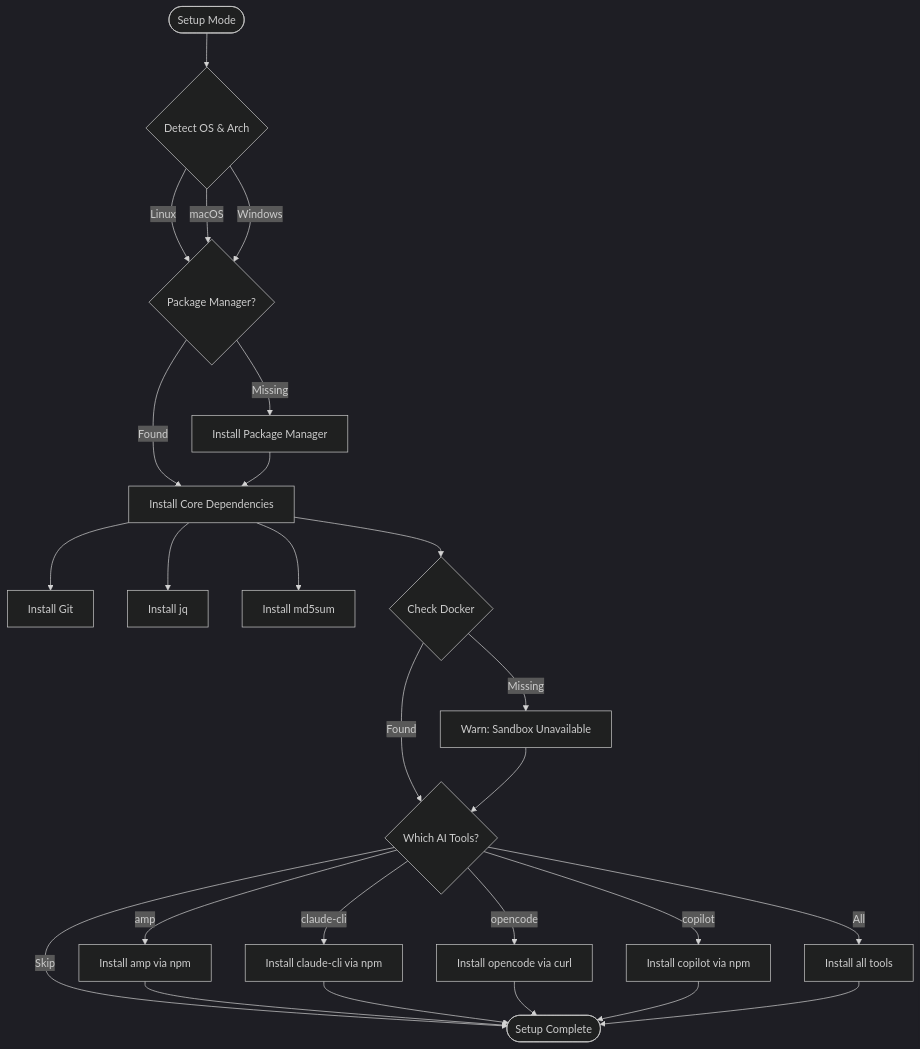
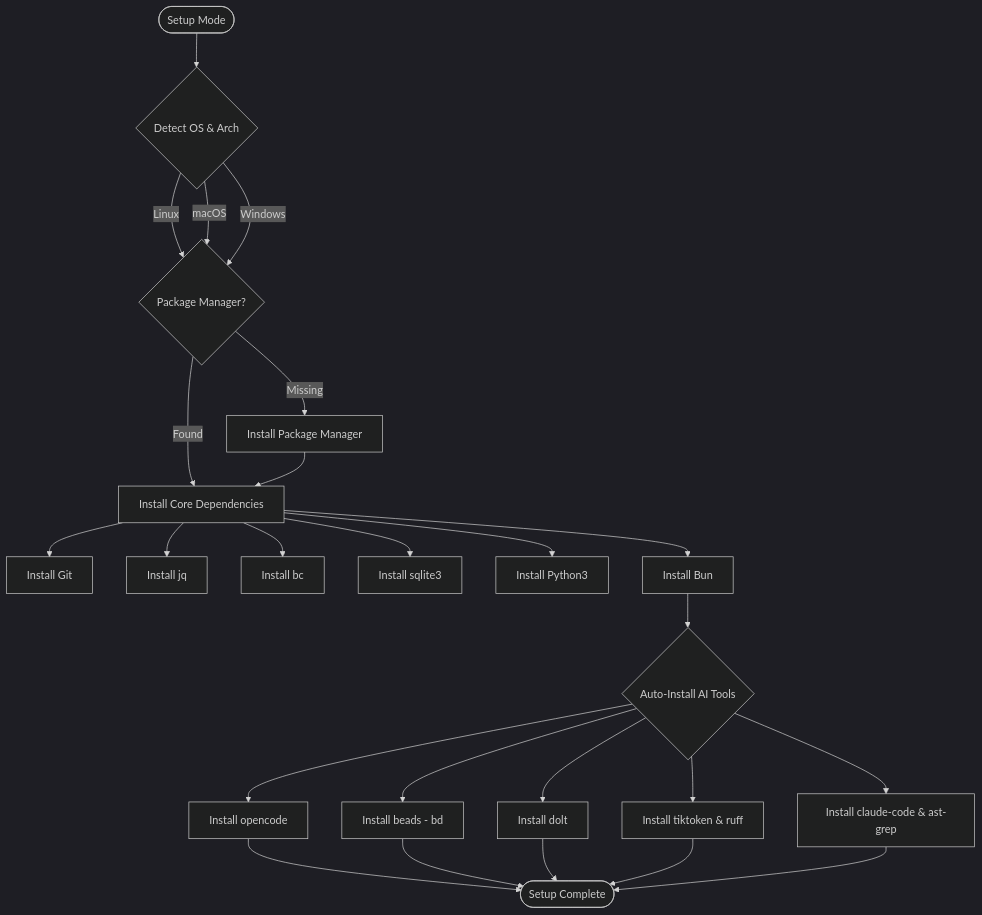
One commit to WomB0ComB0/ralph changed the fourth of 7 diagrams in README.md. Above: the diagram before and after it, drawn with Mermaid (dark theme). The commit also changed other lines of this file and 15 other files, not shown here.

First line of the commit message:
refactor: ♻️ Migrate task management to Beads and Dolt

````diff
--- a/README.md
+++ b/README.md
@@ -264,39 +276,38 @@
 ```mermaid
 flowchart TD
     Start([Setup Mode]) --> DetectOS{Detect OS & Arch}
     
     DetectOS -->|Linux| CheckPkgMgr
     DetectOS -->|macOS| CheckPkgMgr
     DetectOS -->|Windows| CheckPkgMgr
     
     CheckPkgMgr{Package Manager?}
     CheckPkgMgr -->|Found| InstallCore
     CheckPkgMgr -->|Missing| InstallPkgMgr[Install Package Manager]
     
     InstallPkgMgr --> InstallCore
     
     InstallCore[Install Core Dependencies]
     InstallCore --> Git[Install Git]
     InstallCore --> JQ[Install jq]
-    InstallCore --> MD5[Install md5sum]
-    InstallCore --> Docker{Check Docker}
+    InstallCore --> BC[Install bc]
+    InstallCore --> SQLite[Install sqlite3]
+    InstallCore --> Python[Install Python3]
+    InstallCore --> Bun[Install Bun]
     
-    Docker -->|Found| PromptAI
-    Docker -->|Missing| WarnDocker[Warn: Sandbox Unavailable]
-    WarnDocker --> PromptAI
+    Bun --> PromptAI
     
-    PromptAI{Which AI Tools?}
+    PromptAI{Auto-Install AI Tools}
     
-    PromptAI -->|amp| InstallAMP[Install amp via npm]
-    PromptAI -->|claude-cli| InstallClaude[Install claude-cli via npm]
-    PromptAI -->|opencode| InstallOpenCode[Install opencode via curl]
-    PromptAI -->|copilot| InstallCopilot[Install copilot via npm]
-    PromptAI -->|All| InstallAll[Install all tools]
-    PromptAI -->|Skip| Complete
+    PromptAI --> InstallOpenCode[Install opencode]
+    PromptAI --> InstallBeads[Install beads - bd]
+    PromptAI --> InstallDolt[Install dolt]
+    PromptAI --> InstallPython[Install tiktoken & ruff]
+    PromptAI --> InstallNode[Install claude-code & ast-grep]
     
-    InstallAMP --> Complete([Setup Complete])
-    InstallClaude --> Complete
-    InstallOpenCode --> Complete
-    InstallCopilot --> Complete
-    InstallAll --> Complete
+    InstallOpenCode --> Complete([Setup Complete])
+    InstallBeads --> Complete
+    InstallDolt --> Complete
+    InstallPython --> Complete
+    InstallNode --> Complete
 ```
````
